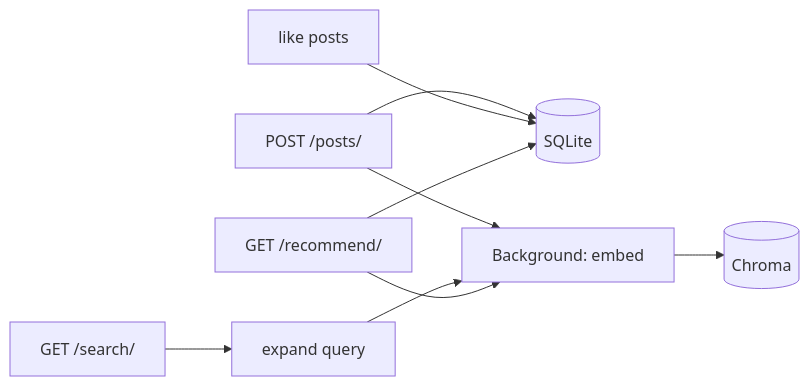
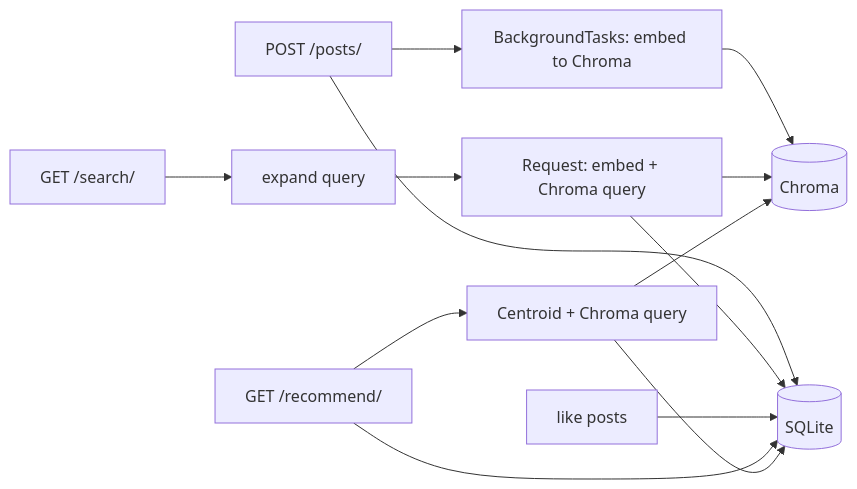
Before and after one commit to Lucien0420/semantic-search-recommendation-mvp: the diagram in README.md, drawn with Mermaid. The commit also changed other lines of this file and 1 other file, not shown here.

Commit message:
docs: clarify mermaid flow; full-width screenshot layout in README

````diff
--- a/README.md
+++ b/README.md
@@ -23,11 +23,15 @@
 ```mermaid
 flowchart LR
   A[POST /posts/] --> B[(SQLite)]
-  A --> C[Background: embed]
+  A --> C[BackgroundTasks: embed to Chroma]
   C --> D[(Chroma)]
   E[GET /search/] --> F[expand query]
-  F --> C
+  F --> S[Request: embed + Chroma query]
+  S --> D
+  S --> B
   G[like posts] --> B
-  H[GET /recommend/] --> C
-  H --> B
+  H[GET /recommend/] --> B
+  H --> R[Centroid + Chroma query]
+  R --> D
+  R --> B
 ```
````
